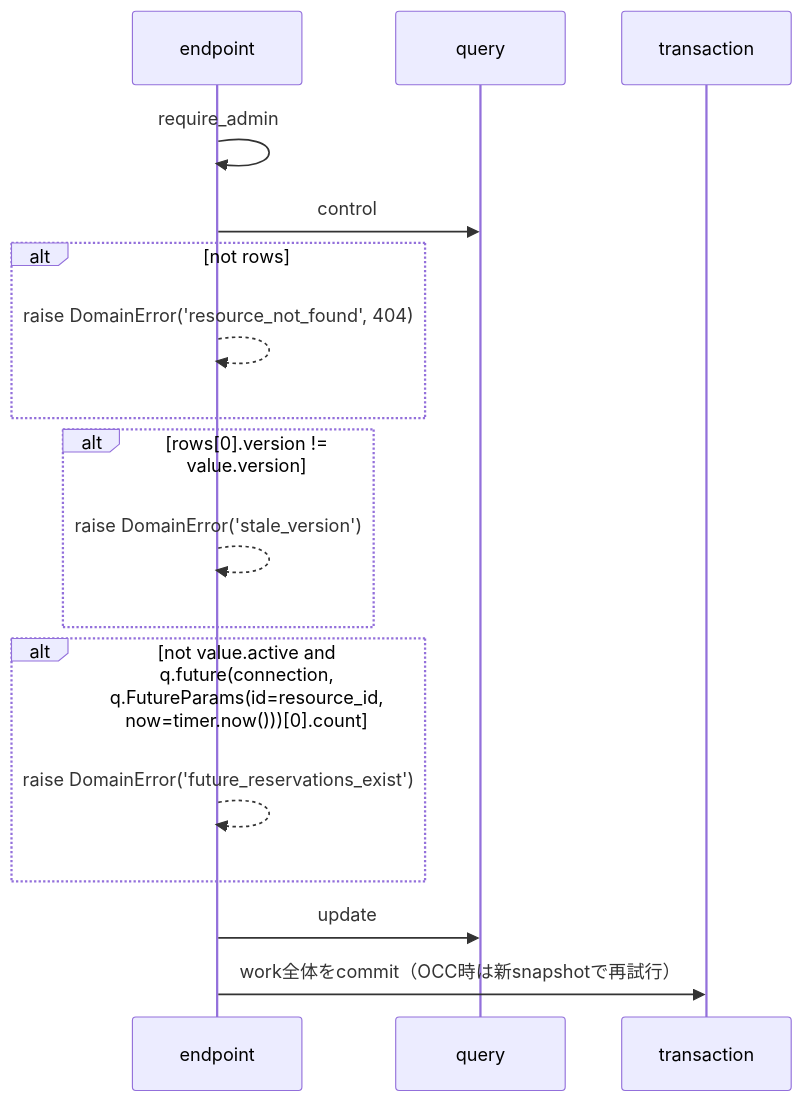
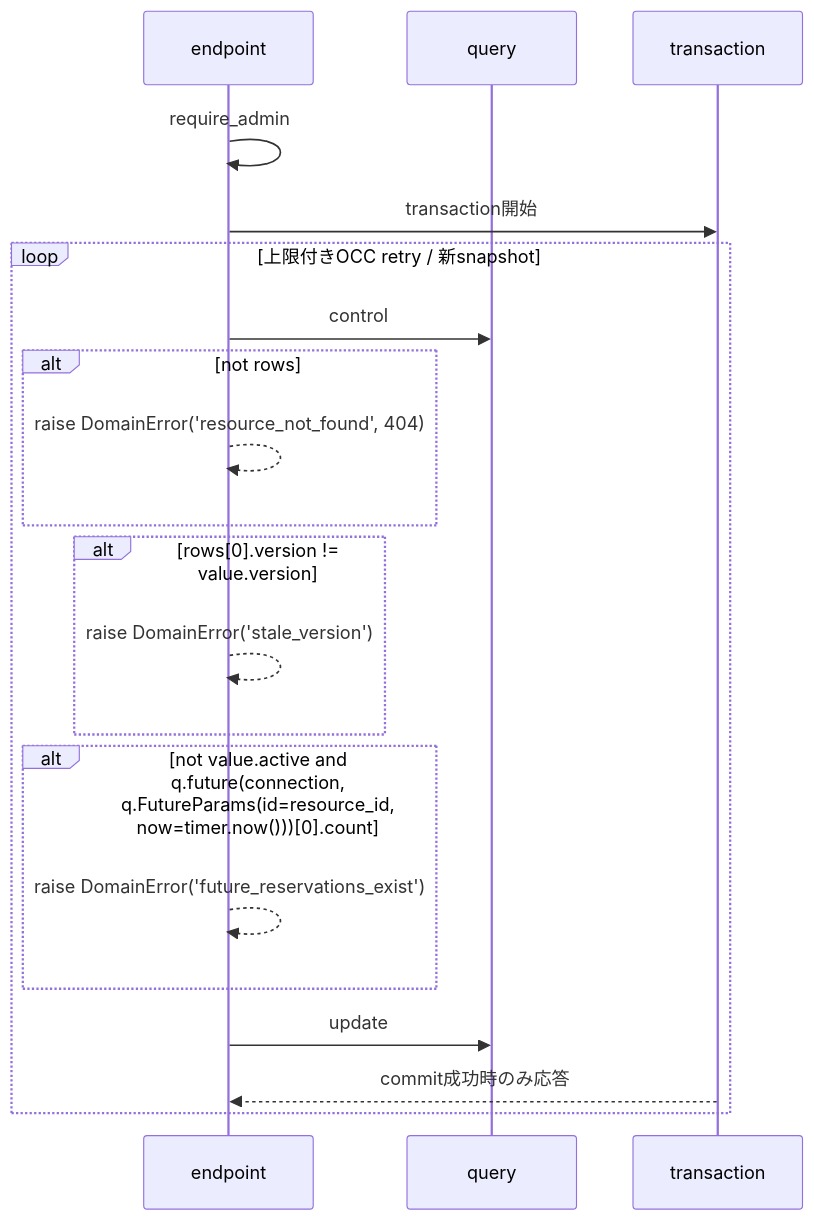
One commit to tsuji-tomonori/SlotKeeper changed the diagram in docs/design/generated/api/resources/resources_update/sequence.md. Above: the diagram before and after it, drawn with Mermaid. The commit also changed 43 other files, not shown here.

````diff
--- a/docs/design/generated/api/resources/resources_update/sequence.md
+++ b/docs/design/generated/api/resources/resources_update/sequence.md
@@ -3,19 +3,22 @@
 ```mermaid
 sequenceDiagram
 participant E as endpoint
 participant Q as query
 participant D as transaction
 E->>E: require_admin
+E->>D: transaction開始
+loop 上限付きOCC retry / 新snapshot
 E->>Q: control
 alt not rows
 E-->>E: raise DomainError('resource_not_found', 404)
 end
 alt rows[0].version != value.version
 E-->>E: raise DomainError('stale_version')
 end
 alt not value.active and q.future(connection, q.FutureParams(id=resource_id, now=timer.now()))[0].count
 E-->>E: raise DomainError('future_reservations_exist')
 end
 E->>Q: update
-E->>D: work全体をcommit（OCC時は新snapshotで再試行）
+D-->>E: commit成功時のみ応答
+end
 ```
````
